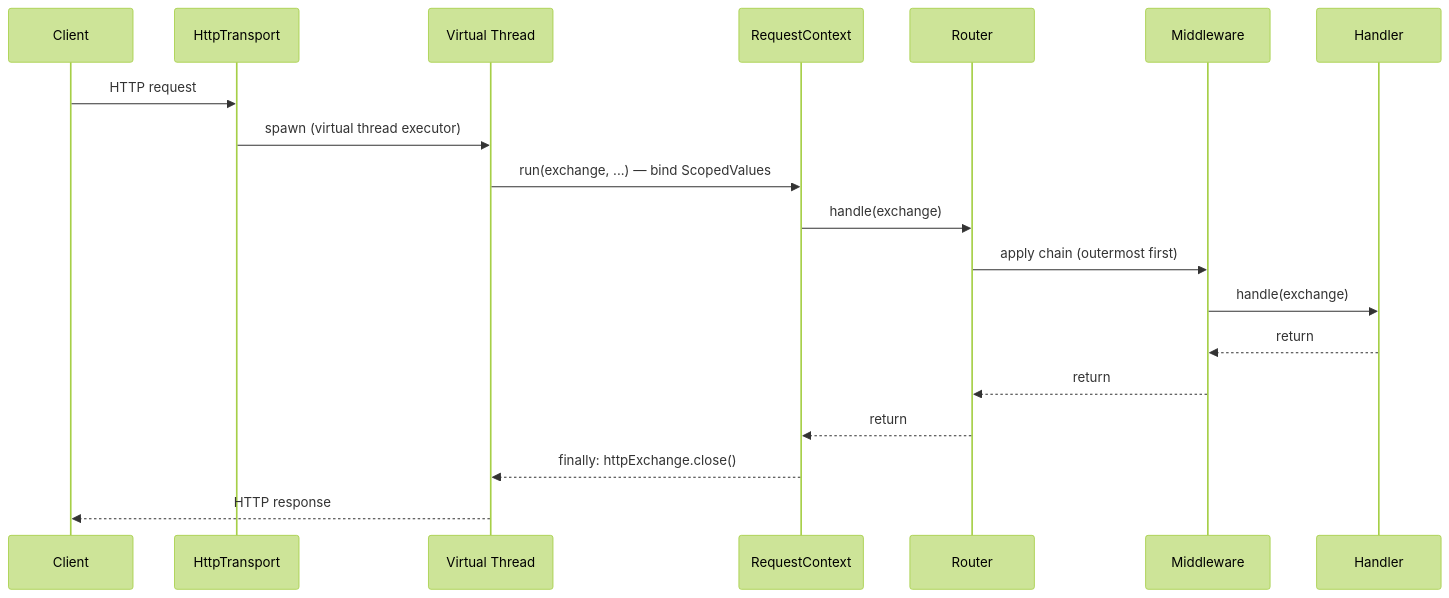
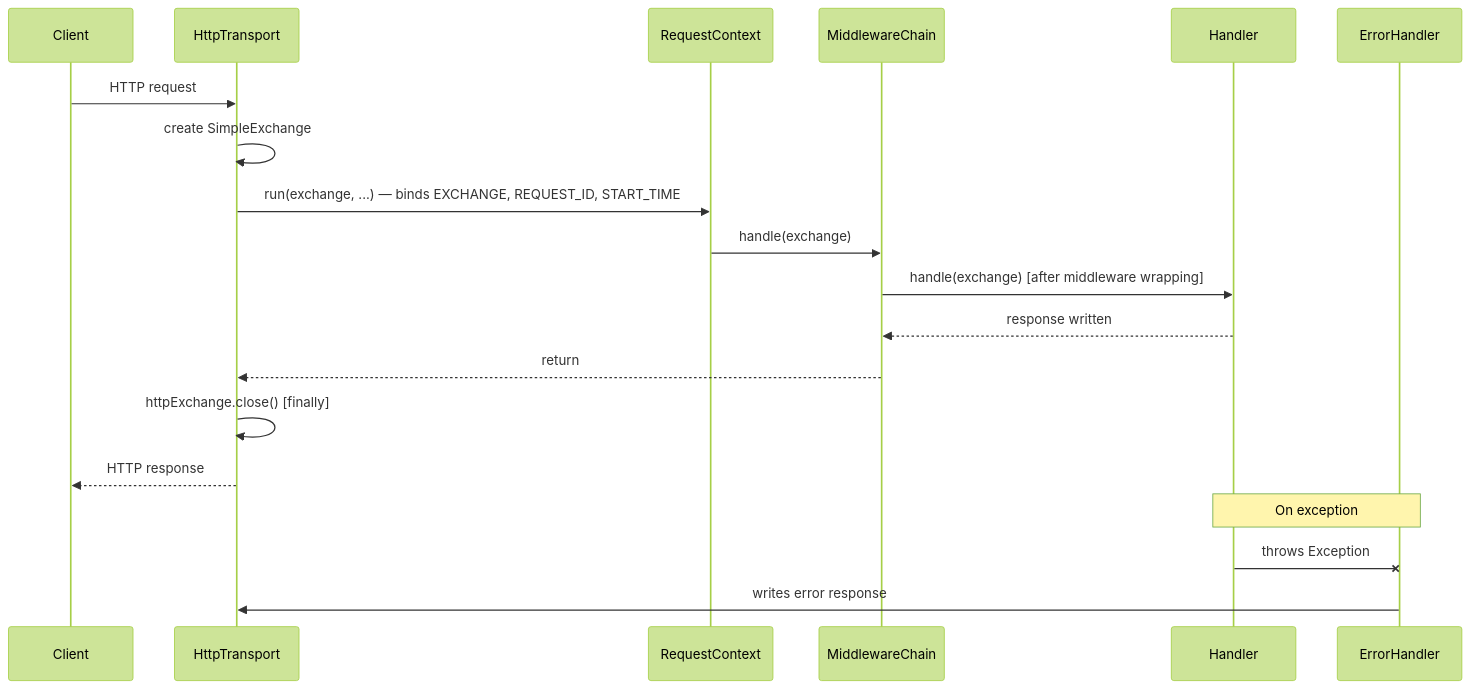
One commit to deer/serve.build changed the third of 6 diagrams in docs/CODEBASE_MAP.md. Above: the diagram before and after it, drawn with Mermaid (forest theme). The commit also changed other lines of this file and 1 other file, not shown here.

````diff
--- a/docs/CODEBASE_MAP.md
+++ b/docs/CODEBASE_MAP.md
@@ -794,22 +708,23 @@
 ```mermaid
 sequenceDiagram
     participant Client
     participant HttpTransport
-    participant VThread as Virtual Thread
     participant RequestContext
-    participant Router
-    participant Middleware
+    participant MiddlewareChain
     participant Handler
+    participant ErrorHandler
 
     Client->>HttpTransport: HTTP request
-    HttpTransport->>VThread: spawn (virtual thread executor)
-    VThread->>RequestContext: run(exchange, ...) — bind ScopedValues
-    RequestContext->>Router: handle(exchange)
-    Router->>Middleware: apply chain (outermost first)
-    Middleware->>Handler: handle(exchange)
-    Handler-->>Middleware: return
-    Middleware-->>Router: return
-    Router-->>RequestContext: return
-    RequestContext-->>VThread: finally: httpExchange.close()
-    VThread-->>Client: HTTP response
+    HttpTransport->>HttpTransport: create SimpleExchange
+    HttpTransport->>RequestContext: run(exchange, ...) — binds EXCHANGE, REQUEST_ID, START_TIME
+    RequestContext->>MiddlewareChain: handle(exchange)
+    MiddlewareChain->>Handler: handle(exchange) [after middleware wrapping]
+    Handler-->>MiddlewareChain: response written
+    MiddlewareChain-->>HttpTransport: return
+    HttpTransport->>HttpTransport: httpExchange.close() [finally]
+    HttpTransport-->>Client: HTTP response
+
+    note over Handler,ErrorHandler: On exception
+    Handler-xErrorHandler: throws Exception
+    ErrorHandler->>HttpTransport: writes error response
 ```
````
